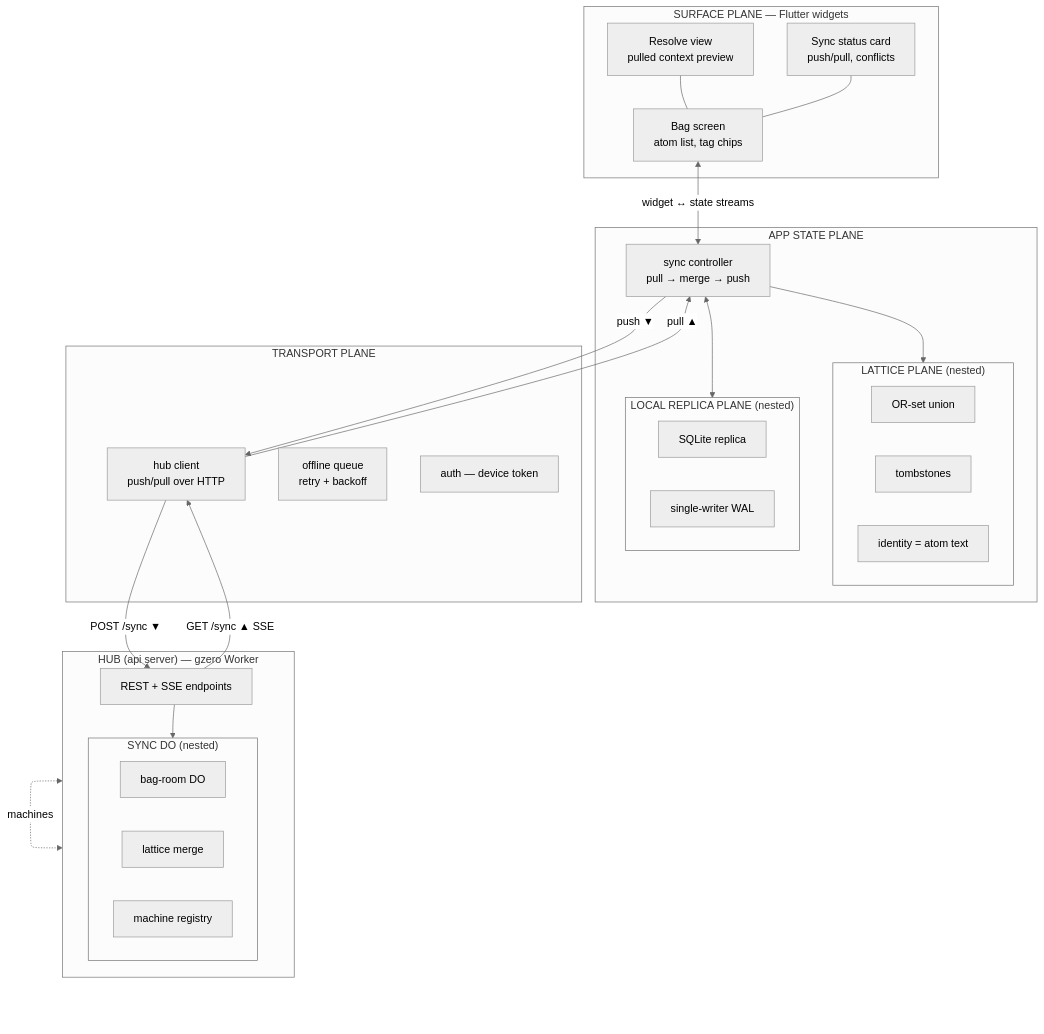
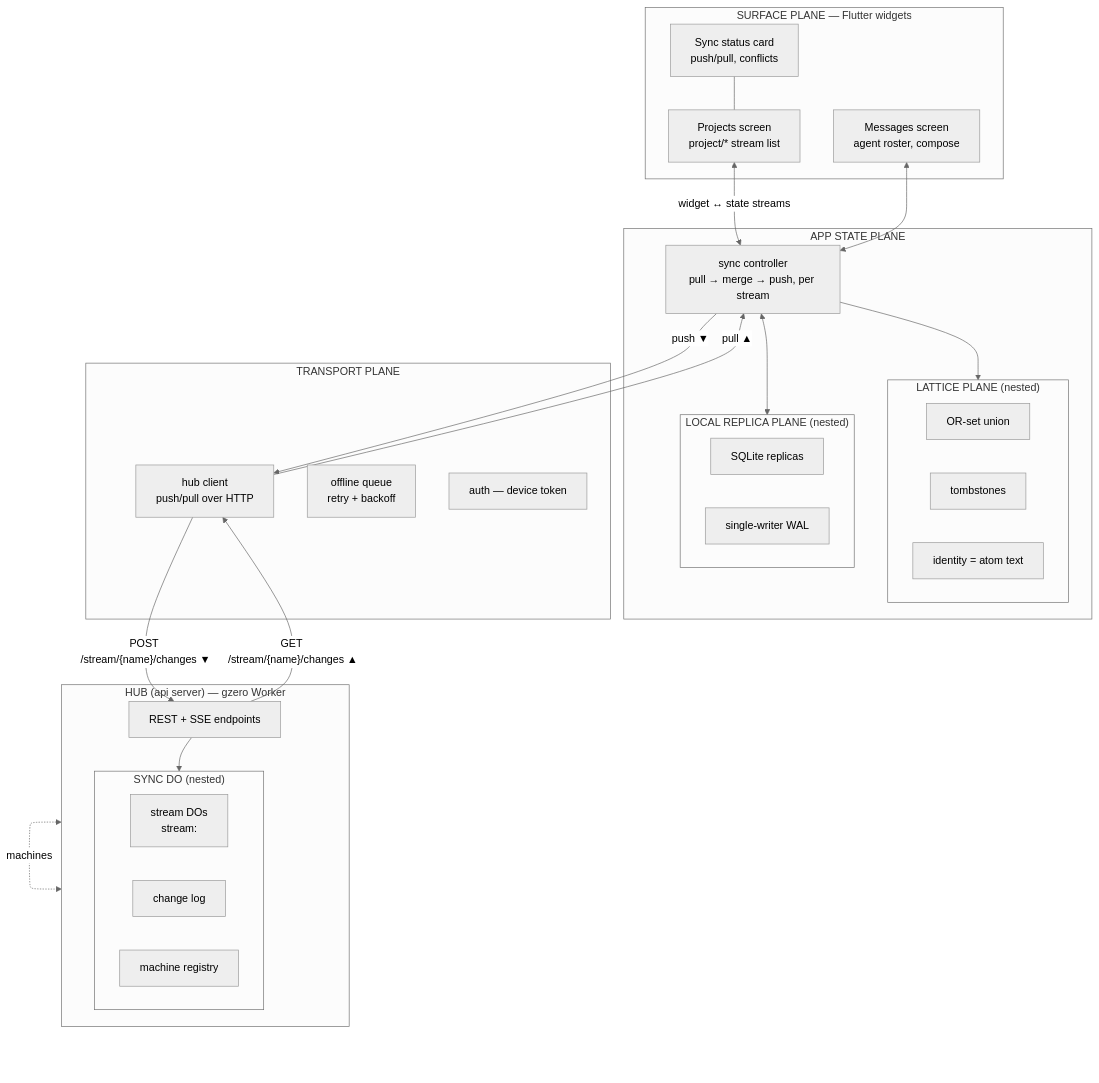
Before and after one commit to fluid-notion-labs/gzero: the diagram in research/flutter-client.md, drawn with Mermaid (neutral theme). The commit also changed other lines of this file and 10 other files, not shown here.

````diff
--- a/research/flutter-client.md
+++ b/research/flutter-client.md
@@ -25,49 +34,49 @@
 ```mermaid
 flowchart TB
     subgraph SURFACE["SURFACE PLANE — Flutter widgets"]
-        BAG["Bag screen\natom list, tag chips"]
-        RES["Resolve view\npulled context preview"]
+        PROJ["Projects screen\nproject/* stream list"]
+        MSG["Messages screen\nagent roster, compose"]
         SYNCUI["Sync status card\npush/pull, conflicts"]
     end
 
     subgraph STATE["APP STATE PLANE"]
-        SC["sync controller\npull → merge → push"]
+        SC["sync controller\npull → merge → push, per stream"]
         subgraph LATTICE["LATTICE PLANE (nested)"]
             ORSET["OR-set union"]
             TOMB["tombstones"]
             IDENT["identity = atom text"]
         end
         subgraph REPLICA["LOCAL REPLICA PLANE (nested)"]
-            SQL["SQLite replica"]
+            SQL["SQLite replicas"]
             WAL["single-writer WAL"]
         end
     end
 
     subgraph TRANS["TRANSPORT PLANE"]
         HC["hub client\npush/pull over HTTP"]
         QUEUE["offline queue\nretry + backoff"]
         AUTH["auth — device token"]
     end
 
     subgraph HUB["HUB (api server) — gzero Worker"]
         EP["REST + SSE endpoints"]
         subgraph DO["SYNC DO (nested)"]
-            ROOM["bag-room DO"]
-            MERGE["lattice merge"]
+            ROOM["stream DOs\nstream:<name>"]
+            LOG["change log"]
             REG["machine registry"]
         end
     end
 
-    BAG <-->|"widget ↔ state streams"| SC
-    RES --- BAG
-    SYNCUI --- BAG
+    PROJ <-->|"widget ↔ state streams"| SC
+    MSG <--> SC
+    SYNCUI --- PROJ
     SC --> LATTICE
     SC <--> REPLICA
     SC -->|"push ▼"| HC
     HC -->|"pull ▲"| SC
-    HC -->|"POST /sync ▼"| EP
-    EP -->|"GET /sync ▲ SSE"| HC
+    HC -->|"POST /stream/{name}/changes ▼"| EP
+    EP -->|"GET /stream/{name}/changes ▲"| HC
     EP --> DO
 
     HUB <-.->|"machines"| HUB
 ```
````
